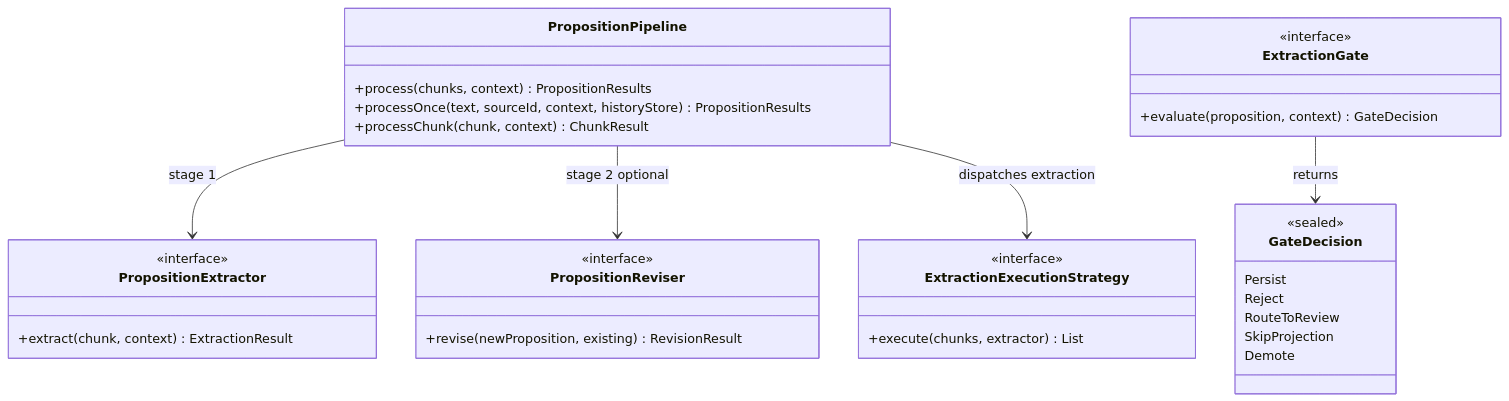
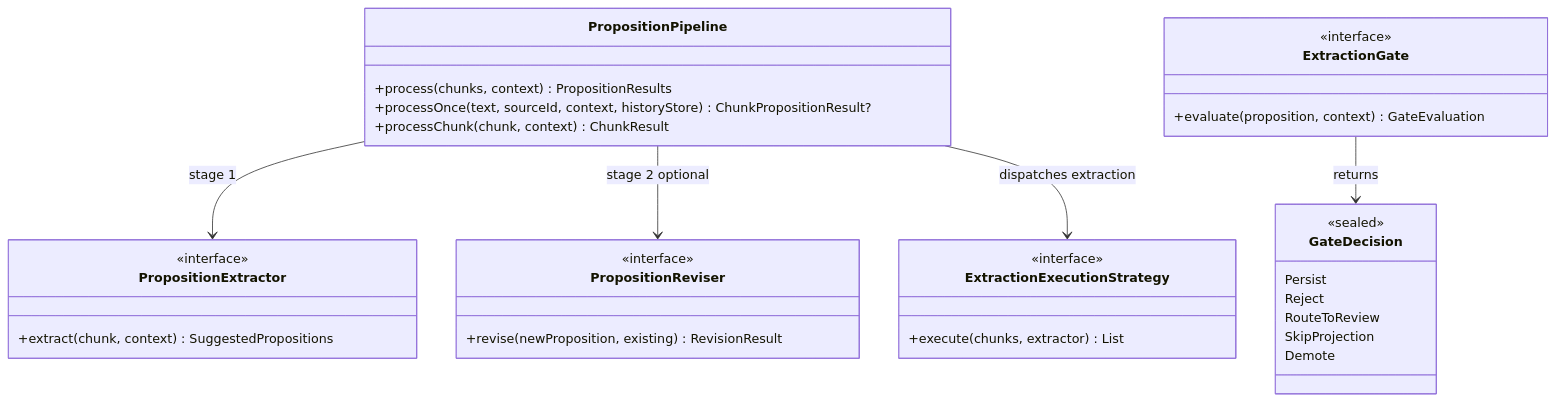
One commit to embabel/dice changed the second of 6 diagrams in docs/design/extraction-pipeline.md. Above: the diagram before and after it, drawn with Mermaid. The commit also changed other lines of this file and 19 other files, not shown here.

````diff
--- a/docs/design/extraction-pipeline.md
+++ b/docs/design/extraction-pipeline.md
@@ -42,36 +42,36 @@
 ```mermaid
 classDiagram
     class PropositionPipeline {
         +process(chunks, context) PropositionResults
-        +processOnce(text, sourceId, context, historyStore) PropositionResults
+        +processOnce(text, sourceId, context, historyStore) ChunkPropositionResult?
         +processChunk(chunk, context) ChunkResult
     }
     class PropositionExtractor {
         <<interface>>
-        +extract(chunk, context) ExtractionResult
+        +extract(chunk, context) SuggestedPropositions
     }
     class PropositionReviser {
         <<interface>>
         +revise(newProposition, existing) RevisionResult
     }
     class ExtractionExecutionStrategy {
         <<interface>>
         +execute(chunks, extractor) List
     }
     class ExtractionGate {
         <<interface>>
-        +evaluate(proposition, context) GateDecision
+        +evaluate(proposition, context) GateEvaluation
     }
     class GateDecision {
         <<sealed>>
         Persist
         Reject
         RouteToReview
         SkipProjection
         Demote
     }
     PropositionPipeline --> PropositionExtractor : stage 1
     PropositionPipeline --> PropositionReviser : stage 2 optional
     PropositionPipeline --> ExtractionExecutionStrategy : dispatches extraction
     ExtractionGate --> GateDecision : returns
 ```
````
